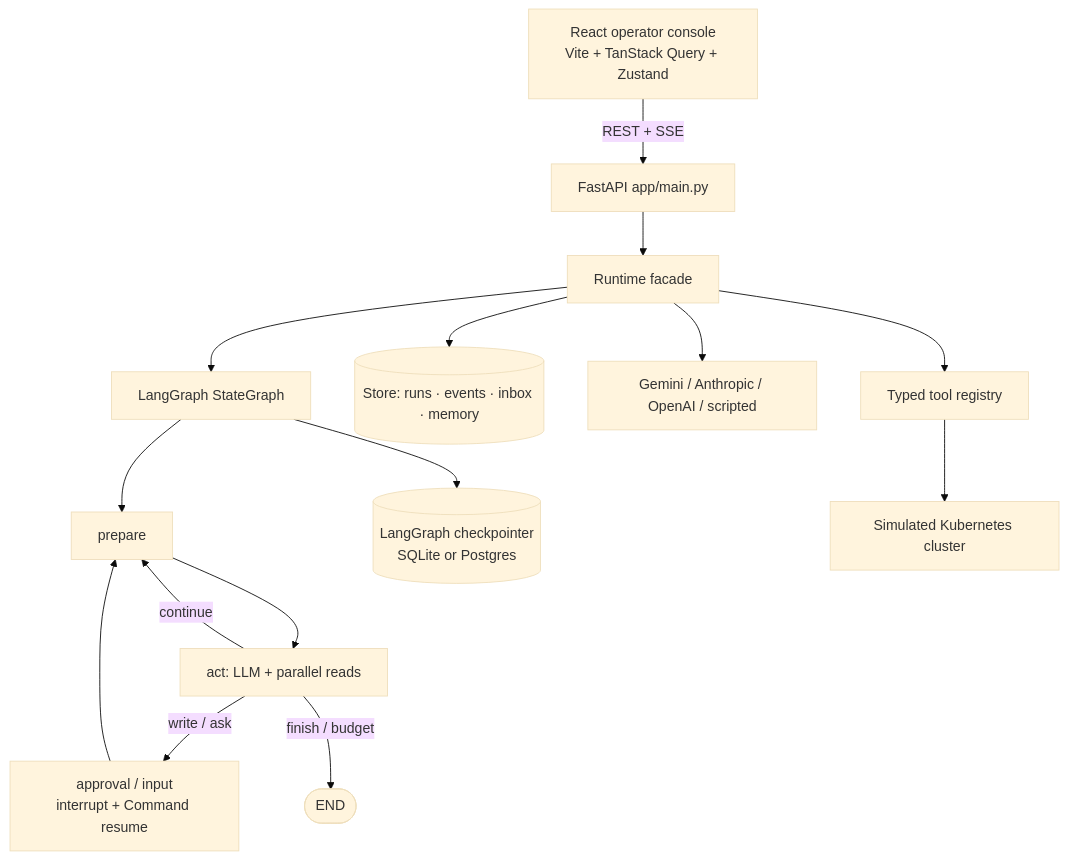
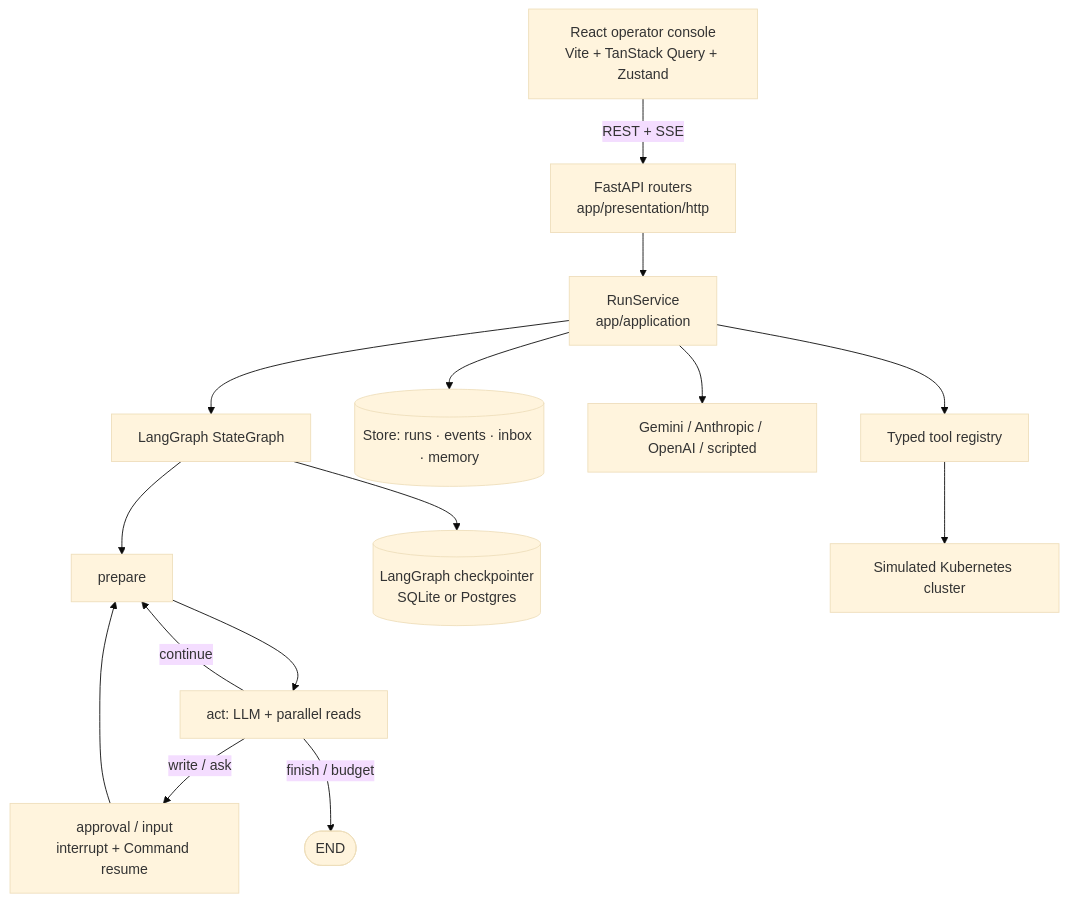
Before and after one commit to Zulfiqar7862/incident-triage-agent: the diagram in README.md, drawn with Mermaid (base theme). The commit also changed other lines of this file and 10 other files, not shown here.

Commit message:
docs: add high-level and low-level design, architecture review guide, and PyCharm run configurations

````diff
--- a/README.md
+++ b/README.md
@@ -34,17 +38,17 @@
 ```mermaid
 flowchart TD
-  UI[React operator console<br/>Vite + TanStack Query + Zustand] -->|REST + SSE| API[FastAPI app/main.py]
-  API --> RT[Runtime facade]
+  UI[React operator console<br/>Vite + TanStack Query + Zustand] -->|REST + SSE| API[FastAPI routers<br/>app/presentation/http]
+  API --> RT[RunService<br/>app/application]
   RT --> LG[LangGraph StateGraph]
   LG --> P[prepare]
   P --> A[act: LLM + parallel reads]
   A -->|write / ask| G[approval / input<br/>interrupt + Command resume]
   A -->|continue| P
   G --> P
   A -->|finish / budget| END([END])
   LG --> CP[(LangGraph checkpointer<br/>SQLite or Postgres)]
   RT --> Store[(Store: runs · events · inbox · memory)]
   RT --> LLM[Gemini / Anthropic / OpenAI / scripted]
   RT --> Tools[Typed tool registry]
   Tools --> Sim[Simulated Kubernetes cluster]
 ```
````
